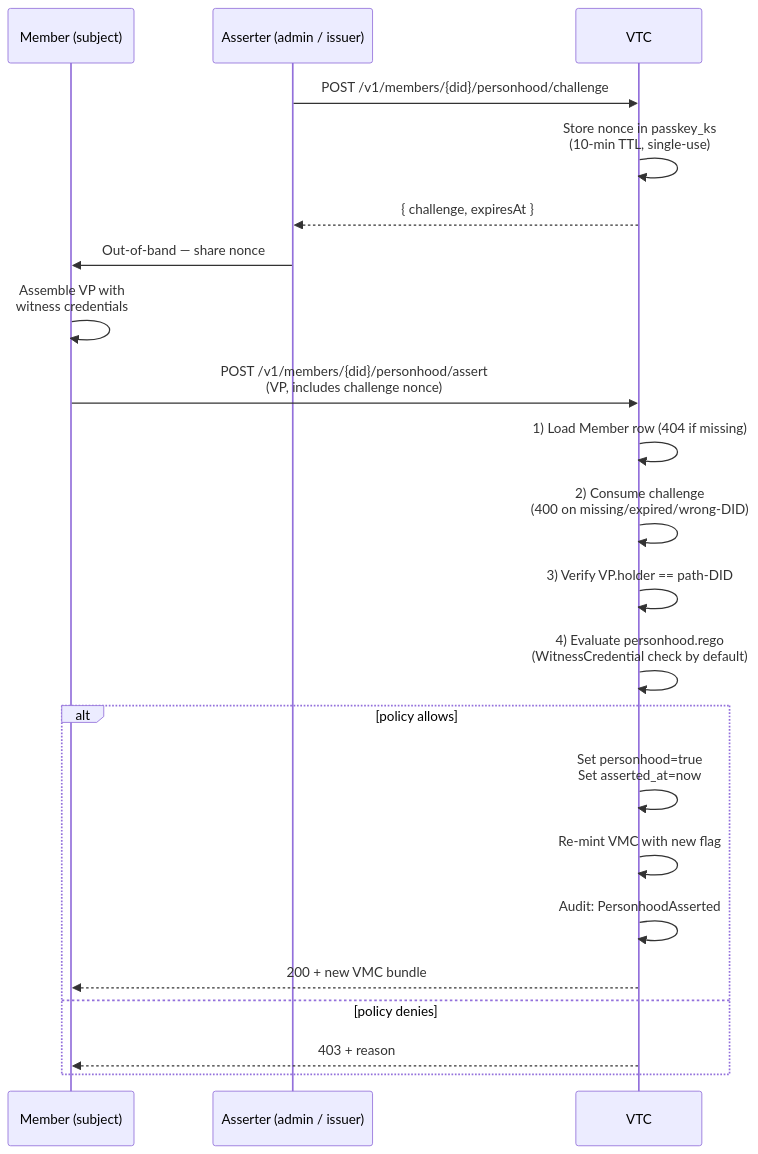
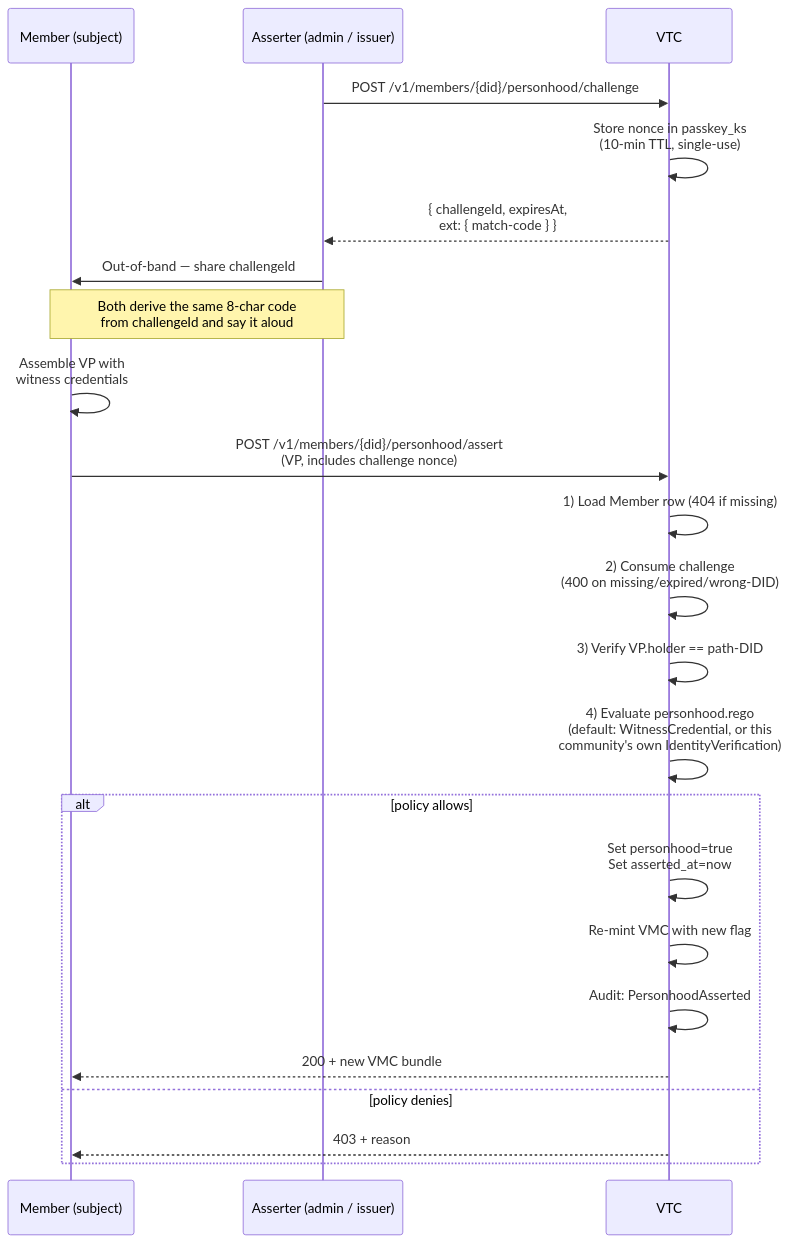
The second of 4 diagrams in docs/03-vtc/personhood-and-graph.md (OpenVTC/verifiable-trust-infrastructure), drawn with Mermaid before and after one commit. The commit also changed other lines of this file and 8 other files, not shown here.

First line of the commit message:
feat(vtc): let a community vet a member in person and have it count as personhood evidence (#1085)

````diff
--- a/docs/03-vtc/personhood-and-graph.md
+++ b/docs/03-vtc/personhood-and-graph.md
@@ -34,25 +38,26 @@
 ```mermaid
 sequenceDiagram
     participant M as Member (subject)
     participant A as Asserter (admin / issuer)
     participant VTC as VTC
 
     A->>VTC: POST /v1/members/{did}/personhood/challenge
     VTC->>VTC: Store nonce in passkey_ks<br/>(10-min TTL, single-use)
-    VTC-->>A: { challenge, expiresAt }
-    A->>M: Out-of-band — share nonce
+    VTC-->>A: { challengeId, expiresAt,<br/>ext: { match-code } }
+    A->>M: Out-of-band — share challengeId
+    Note over A,M: Both derive the same 8-char code<br/>from challengeId and say it aloud
     M->>M: Assemble VP with<br/>witness credentials
     M->>VTC: POST /v1/members/{did}/personhood/assert<br/>(VP, includes challenge nonce)
     VTC->>VTC: 1) Load Member row (404 if missing)
     VTC->>VTC: 2) Consume challenge<br/>(400 on missing/expired/wrong-DID)
     VTC->>VTC: 3) Verify VP.holder == path-DID
-    VTC->>VTC: 4) Evaluate personhood.rego<br/>(WitnessCredential check by default)
+    VTC->>VTC: 4) Evaluate personhood.rego<br/>(default: WitnessCredential, or this<br/>community's own IdentityVerification)
     alt policy allows
         VTC->>VTC: Set personhood=true<br/>Set asserted_at=now
         VTC->>VTC: Re-mint VMC with new flag
         VTC->>VTC: Audit: PersonhoodAsserted
         VTC-->>M: 200 + new VMC bundle
     else policy denies
         VTC-->>M: 403 + reason
     end
 ```
````
